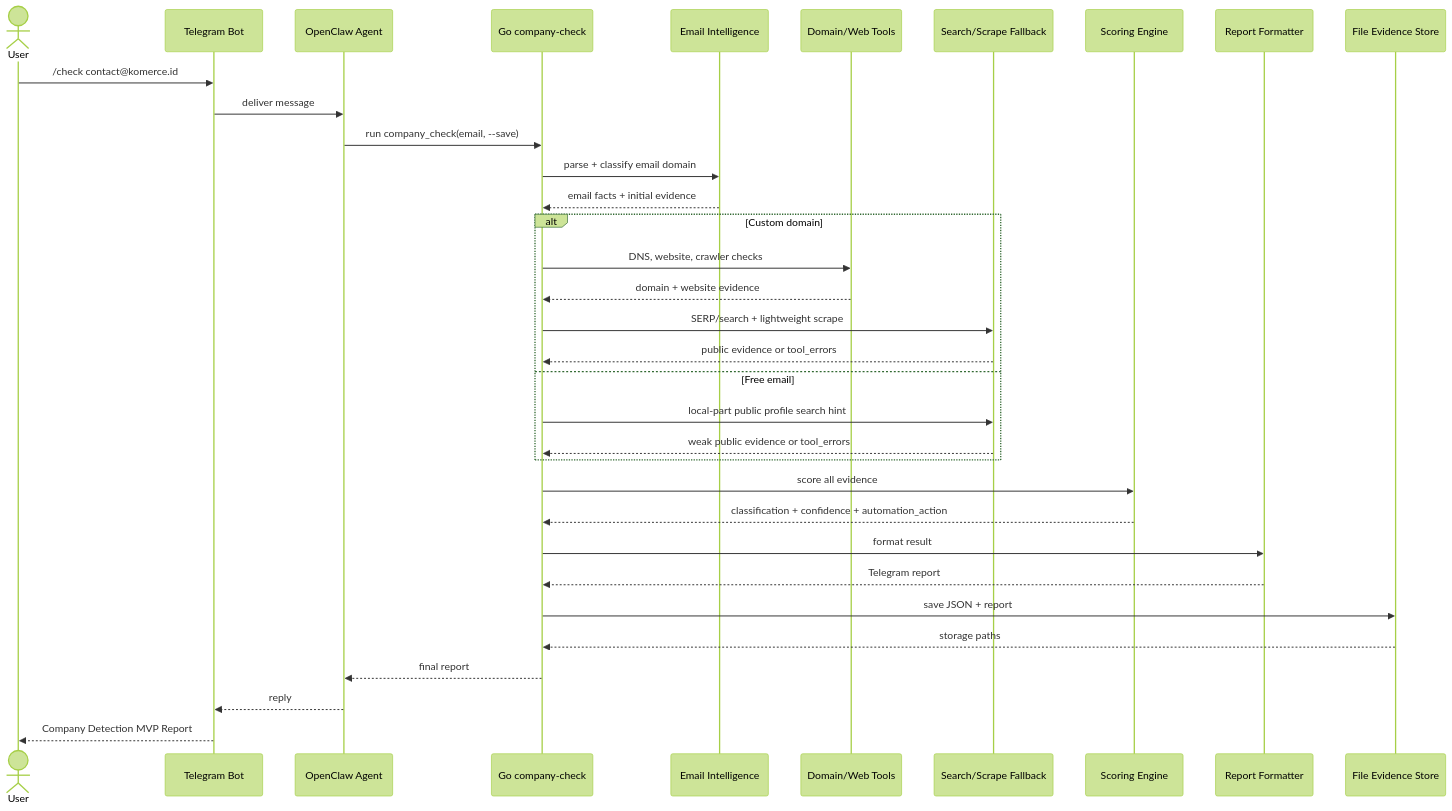
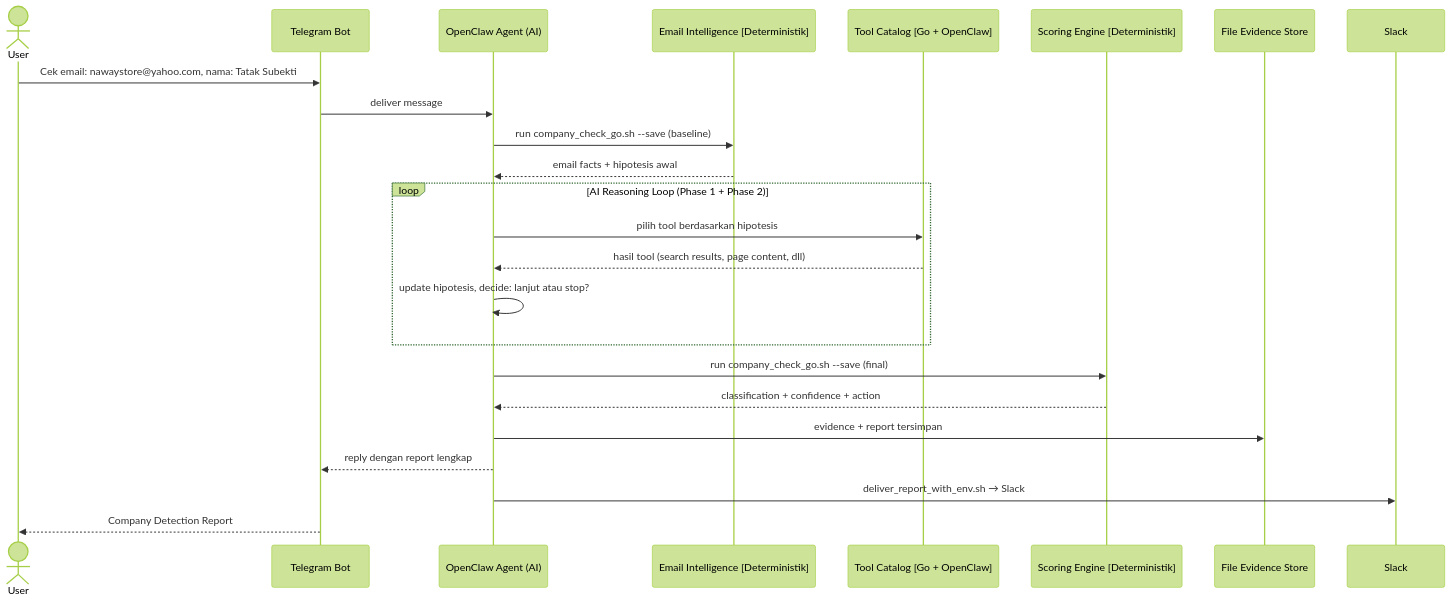
The second of 3 diagrams in docs/product/HIGH_LEVEL_BUSINESS_FLOW.md (nunutech40/company-detector-bot), drawn with Mermaid (forest theme) before and after one commit. The commit also changed other lines of this file, not shown here.

First line of the commit message:
flowchart: update HIGH_LEVEL_BUSINESS_FLOW untuk Phase A aktif

````diff
--- a/docs/product/HIGH_LEVEL_BUSINESS_FLOW.md
+++ b/docs/product/HIGH_LEVEL_BUSINESS_FLOW.md
@@ -110,39 +94,29 @@
 ```mermaid
 sequenceDiagram
     actor User
     participant TG as Telegram Bot
-    participant OC as OpenClaw Agent
-    participant OR as Go company-check
-    participant EI as Email Intelligence
-    participant DW as Domain/Web Tools
-    participant SF as Search/Scrape Fallback
-    participant SC as Scoring Engine
-    participant RP as Report Formatter
+    participant OC as OpenClaw Agent (AI)
+    participant EI as Email Intelligence [Deterministik]
+    participant TC as Tool Catalog [Go + OpenClaw]
+    participant SC as Scoring Engine [Deterministik]
     participant FS as File Evidence Store
+    participant SL as Slack
 
-    User->>TG: /check contact@komerce.id
+    User->>TG: Cek email: nawaystore@yahoo.com, nama: Tatak Subekti
     TG->>OC: deliver message
-    OC->>OR: run company_check(email, --save)
-    OR->>EI: parse + classify email domain
-    EI-->>OR: email facts + initial evidence
+    OC->>EI: run company_check_go.sh --save (baseline)
+    EI-->>OC: email facts + hipotesis awal
 
-    alt Custom domain
-        OR->>DW: DNS, website, crawler checks
-        DW-->>OR: domain + website evidence
-        OR->>SF: SERP/search + lightweight scrape
-        SF-->>OR: public evidence or tool_errors
-    else Free email
-        OR->>SF: local-part public profile search hint
-        SF-->>OR: weak public evidence or tool_errors
+    loop AI Reasoning Loop (Phase 1 + Phase 2)
+        OC->>TC: pilih tool berdasarkan hipotesis
+        TC-->>OC: hasil tool (search results, page content, dll)
+        OC->>OC: update hipotesis, decide: lanjut atau stop?
     end
 
-    OR->>SC: score all evidence
-    SC-->>OR: classification + confidence + automation_action
-    OR->>RP: format result
-    RP-->>OR: Telegram report
-    OR->>FS: save JSON + report
-    FS-->>OR: storage paths
-    OR-->>OC: final report
-    OC-->>TG: reply
-    TG-->>User: Company Detection MVP Report
+    OC->>SC: run company_check_go.sh --save (final)
+    SC-->>OC: classification + confidence + action
+    OC->>FS: evidence + report tersimpan
+    OC-->>TG: reply dengan report lengkap
+    OC->>SL: deliver_report_with_env.sh → Slack
+    TG-->>User: Company Detection Report
 ```
````
